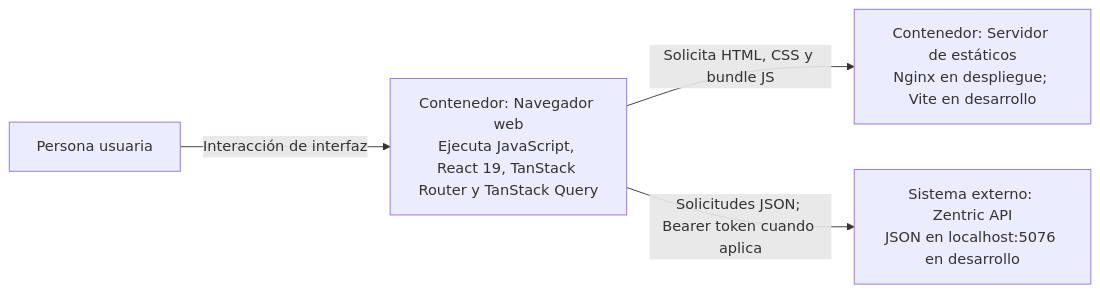
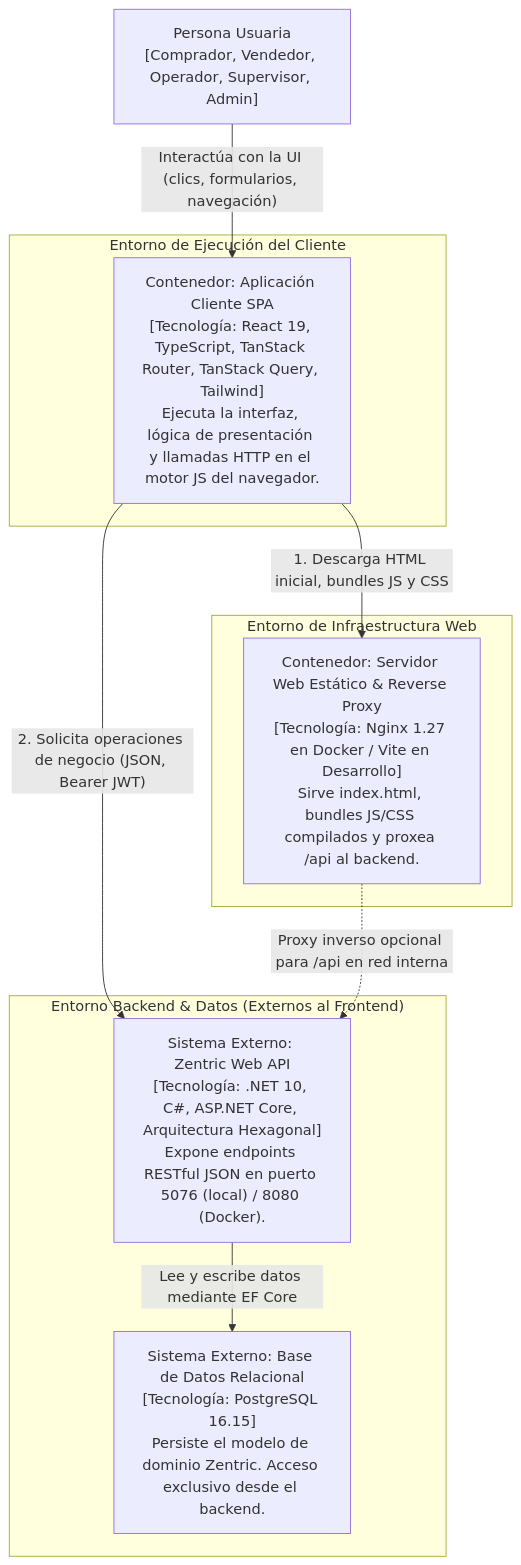
Before and after one commit to D-MachadoDev/Zentric: the diagram in frontendSDD/C4-2-Contenedores.md, drawn with Mermaid. The commit also changed other lines of this file and 7 other files, not shown here.

````diff
--- a/frontendSDD/C4-2-Contenedores.md
+++ b/frontendSDD/C4-2-Contenedores.md
@@ -17,11 +17,23 @@
 ```mermaid
-flowchart LR
-  user["Persona usuaria"]
-  browser["Contenedor: Navegador web<br/>Ejecuta JavaScript, React 19, TanStack Router y TanStack Query"]
-  static["Contenedor: Servidor de estáticos<br/>Nginx en despliegue; Vite en desarrollo"]
-  api["Sistema externo: Zentric API<br/>JSON en localhost:5076 en desarrollo"]
+flowchart TB
+  user["Persona Usuaria<br/>[Comprador, Vendedor, Operador, Supervisor, Admin]"]
 
-  user -->|"Interacción de interfaz"| browser
-  browser -->|"Solicita HTML, CSS y bundle JS"| static
-  browser -->|"Solicitudes JSON; Bearer token cuando aplica"| api
+  subgraph clientEnv["Entorno de Ejecución del Cliente"]
+    browser["Contenedor: Aplicación Cliente SPA<br/>[Tecnología: React 19, TypeScript, TanStack Router, TanStack Query, Tailwind]<br/>Ejecuta la interfaz, lógica de presentación y llamadas HTTP en el motor JS del navegador."]
+  end
+
+  subgraph serverEnv["Entorno de Infraestructura Web"]
+    staticServer["Contenedor: Servidor Web Estático & Reverse Proxy<br/>[Tecnología: Nginx 1.27 en Docker / Vite en Desarrollo]<br/>Sirve index.html, bundles JS/CSS compilados y proxea /api al backend."]
+  end
+
+  subgraph backendEnv["Entorno Backend & Datos (Externos al Frontend)"]
+    api["Sistema Externo: Zentric Web API<br/>[Tecnología: .NET 10, C#, ASP.NET Core, Arquitectura Hexagonal]<br/>Expone endpoints RESTful JSON en puerto 5076 (local) / 8080 (Docker)."]
+    db["Sistema Externo: Base de Datos Relacional<br/>[Tecnología: PostgreSQL 16.15]<br/>Persiste el modelo de dominio Zentric. Acceso exclusivo desde el backend."]
+  end
+
+  user -->|"Interactúa con la UI (clics, formularios, navegación)"| browser
+  browser -->|"1. Descarga HTML inicial, bundles JS y CSS"| staticServer
+  browser -->|"2. Solicita operaciones de negocio (JSON, Bearer JWT)"| api
+  staticServer -.->|"Proxy inverso opcional para /api en red interna"| api
+  api -->|"Lee y escribe datos mediante EF Core"| db
 ```
````
